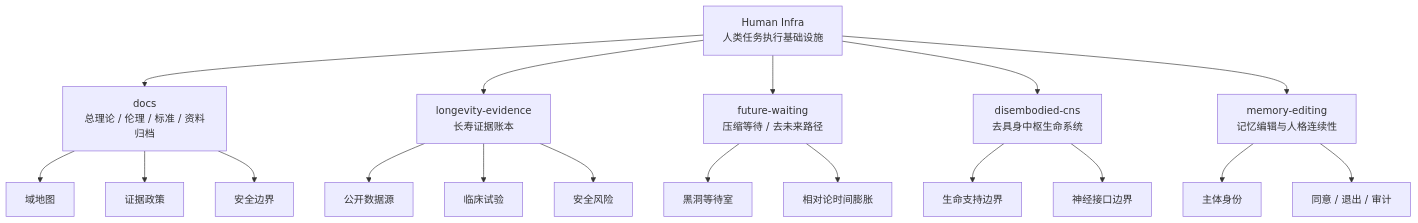
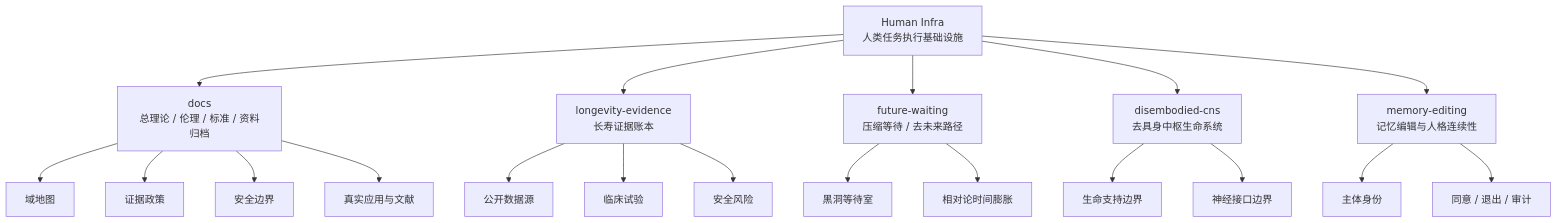
The first of 3 diagrams in README.md (123olp/ys), drawn with Mermaid before and after one commit. The commit also changed other lines of this file and 5 other files, not shown here.

````diff
--- a/README.md
+++ b/README.md
@@ -32,27 +33,28 @@
 ```mermaid
 flowchart TD
     H[Human Infra<br/>人类任务执行基础设施]
 
     H --> D[docs<br/>总理论 / 伦理 / 标准 / 资料归档]
     H --> L[longevity-evidence<br/>长寿证据账本]
     H --> F[future-waiting<br/>压缩等待 / 去未来路径]
     H --> C[disembodied-cns<br/>去具身中枢生命系统]
     H --> M[memory-editing<br/>记忆编辑与人格连续性]
 
     D --> DM[域地图]
     D --> EP[证据政策]
     D --> SB[安全边界]
+    D --> AL[真实应用与文献]
 
     L --> DS[公开数据源]
     L --> CT[临床试验]
     L --> SR[安全风险]
 
     F --> BH[黑洞等待室]
     F --> TD[相对论时间膨胀]
 
     C --> LS[生命支持边界]
     C --> NI[神经接口边界]
 
     M --> ID[主体身份]
     M --> AU[同意 / 退出 / 审计]
 ```
````
